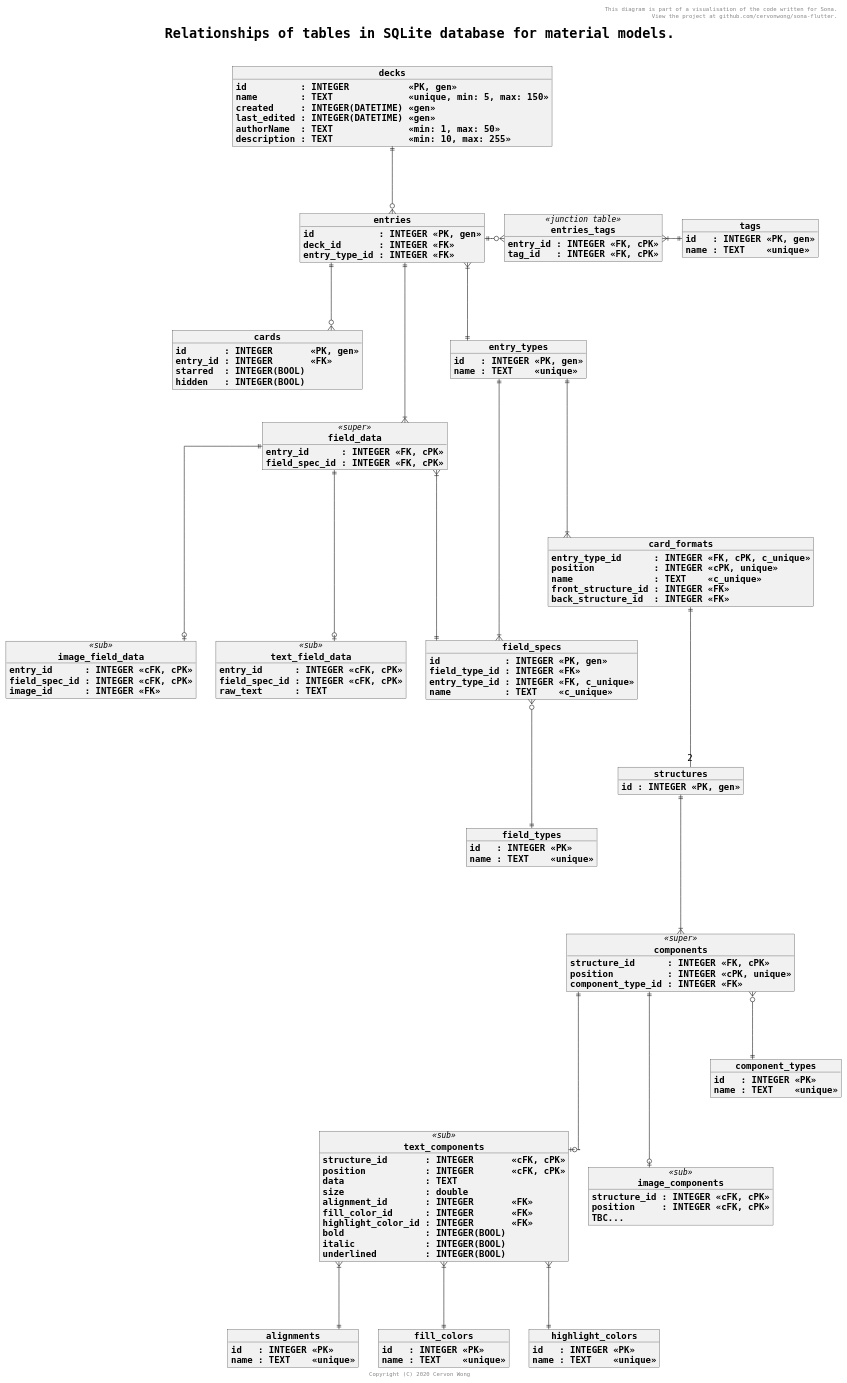
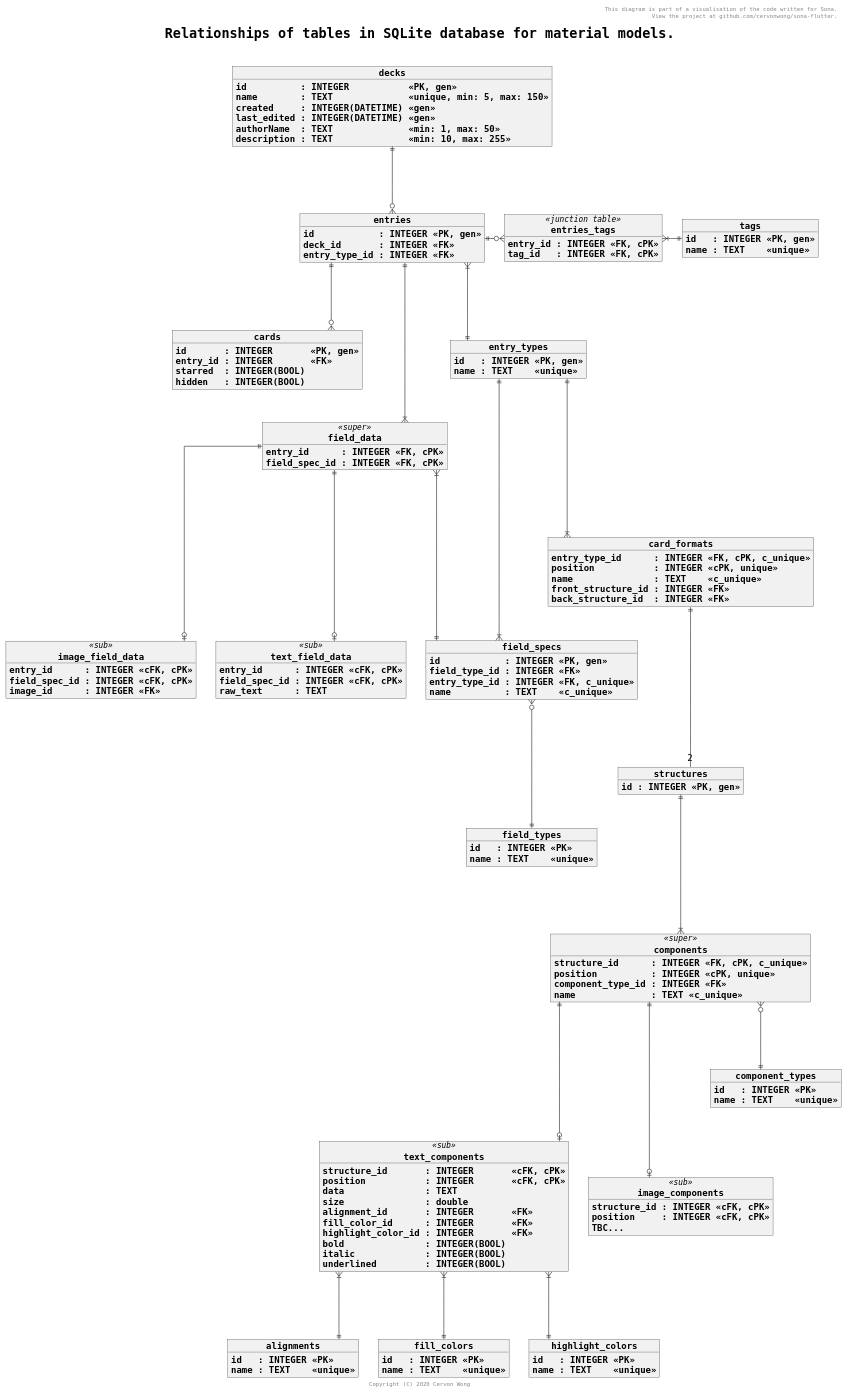
Before and after one commit to cervonwong/sona-flutter: the diagram in puml/material_database.puml, drawn with PlantUML.

Commit message:
Docs(puml): Update diagram's components table to include name column

```diff
--- a/puml/material_database.puml
+++ b/puml/material_database.puml
@@ -1,162 +1,163 @@
 @startuml
 
 skinparam wrapWidth 1000
 skinparam defaultFontName Monospaced
 skinparam defaultFontSize 16
 skinparam objectStereotypeFontSize 14
 skinparam titleFontSize 24
 skinparam titleFontStyle bold
 skinparam objectFontStyle bold
 skinparam linetype ortho
 skinparam shadowing false
 
 header This diagram is part of a visualisation of the code written for Sona.\n View the project at github.com/cervonwong/sona-flutter.
 title Relationships of tables in SQLite database for material models.\n
 footer Copyright (C) 2020 Cervon Wong
 
 object decks {
 	id          : INTEGER           <<PK, gen>>
 	name        : TEXT              <<unique, min: 5, max: 150>>
 	created     : INTEGER(DATETIME) <<gen>>
 	last_edited : INTEGER(DATETIME) <<gen>>
 	authorName  : TEXT              <<min: 1, max: 50>>
 	description : TEXT              <<min: 10, max: 255>>
 }
 
 object entries {
 	id            : INTEGER <<PK, gen>>
 	deck_id       : INTEGER <<FK>>
 	entry_type_id : INTEGER <<FK>>
 }
 
 object cards {
 	id       : INTEGER       <<PK, gen>>
 	entry_id : INTEGER       <<FK>>
 	starred  : INTEGER(BOOL)
 	hidden   : INTEGER(BOOL)
 }
 
 object tags {
 	id   : INTEGER <<PK, gen>>
 	name : TEXT    <<unique>>
 }
 
 object entries_tags <<junction table>> {
 	entry_id : INTEGER <<FK, cPK>>
 	tag_id   : INTEGER <<FK, cPK>>
 }
 
 object field_specs {
 	id            : INTEGER <<PK, gen>>
 	field_type_id : INTEGER <<FK>>
 	entry_type_id : INTEGER <<FK, c_unique>>
 	name          : TEXT    <<c_unique>>
 }
 
 object field_types {
 	id   : INTEGER <<PK>>
 	name : TEXT    <<unique>>
 }
 
 object field_data <<super>> {
 	entry_id      : INTEGER <<FK, cPK>>
     field_spec_id : INTEGER <<FK, cPK>>
     ' Get field_type_id from field_specs table.
 }
 
 object text_field_data <<sub>> {
 	entry_id      : INTEGER <<cFK, cPK>>
     field_spec_id : INTEGER <<cFK, cPK>>
 	raw_text      : TEXT
 }
 
 object image_field_data <<sub>> {
 	entry_id      : INTEGER <<cFK, cPK>>
     field_spec_id : INTEGER <<cFK, cPK>>
 	image_id      : INTEGER <<FK>>
 }
 
 object entry_types {
 	id   : INTEGER <<PK, gen>>
 	name : TEXT    <<unique>>
 }
 
 object card_formats {
 	entry_type_id      : INTEGER <<FK, cPK, c_unique>>
 	position           : INTEGER <<cPK, unique>>
 	name               : TEXT    <<c_unique>>
 	front_structure_id : INTEGER <<FK>>
 	back_structure_id  : INTEGER <<FK>>
 }
 
 object structures {
 	id : INTEGER <<PK, gen>>
 }
 
 object components <<super>> {
-	structure_id      : INTEGER <<FK, cPK>>
+	structure_id      : INTEGER <<FK, cPK, c_unique>>
 	position          : INTEGER <<cPK, unique>>
 	component_type_id : INTEGER <<FK>>
+	name              : TEXT <<c_unique>>
 }
 
 object text_components <<sub>> {
 	structure_id       : INTEGER       <<cFK, cPK>>
 	position           : INTEGER       <<cFK, cPK>>
 	data               : TEXT
 	size               : double
 	alignment_id       : INTEGER       <<FK>>
 	fill_color_id      : INTEGER       <<FK>>
 	highlight_color_id : INTEGER       <<FK>>
 	bold               : INTEGER(BOOL)
 	italic             : INTEGER(BOOL)
 	underlined         : INTEGER(BOOL)
 }
 
 object alignments {
 	id   : INTEGER <<PK>>
 	name : TEXT    <<unique>>
 }
 
 object fill_colors {
 	id   : INTEGER <<PK>>
 	name : TEXT    <<unique>>
 }
 
 object highlight_colors {
 	id   : INTEGER <<PK>>
 	name : TEXT    <<unique>>
 }
 
 object image_components <<sub>> {
 	structure_id : INTEGER <<cFK, cPK>>
     position     : INTEGER <<cFK, cPK>>
     TBC...
 }
 
 object component_types {
 	id   : INTEGER <<PK>>
 	name : TEXT    <<unique>>
 }
 
 decks           ||---o{    entries
 entries         ||---o{    cards
 entries         ||-o{      entries_tags : \t
 entries_tags    }|-||      tags : \t
 field_specs     }o----||   field_types
 field_data      ||----o|   text_field_data
 field_data      ||----o|   image_field_data
 field_data      }|----||   field_specs
 entries         ||----|{   field_data
 entries         }|---||    entry_types
 entry_types     ||----|{   field_specs
 entry_types     ||----|{   card_formats
 card_formats    ||---- "2" structures
 structures      ||----|{   components
 components      }o---||    component_types
 components      ||----o|   text_components
 components      ||----o|   image_components
 text_components }|---||    alignments
 text_components }|---||    fill_colors
 text_components }|---||    highlight_colors
 
 @enduml
```
